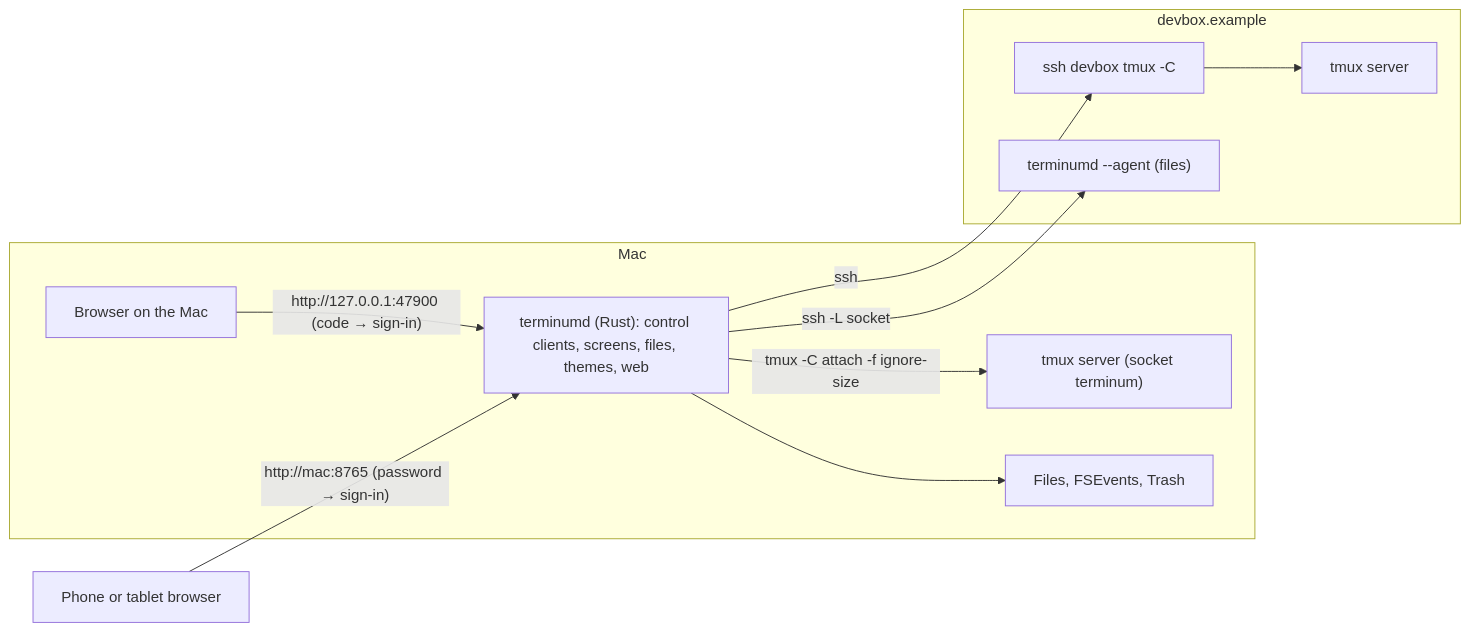
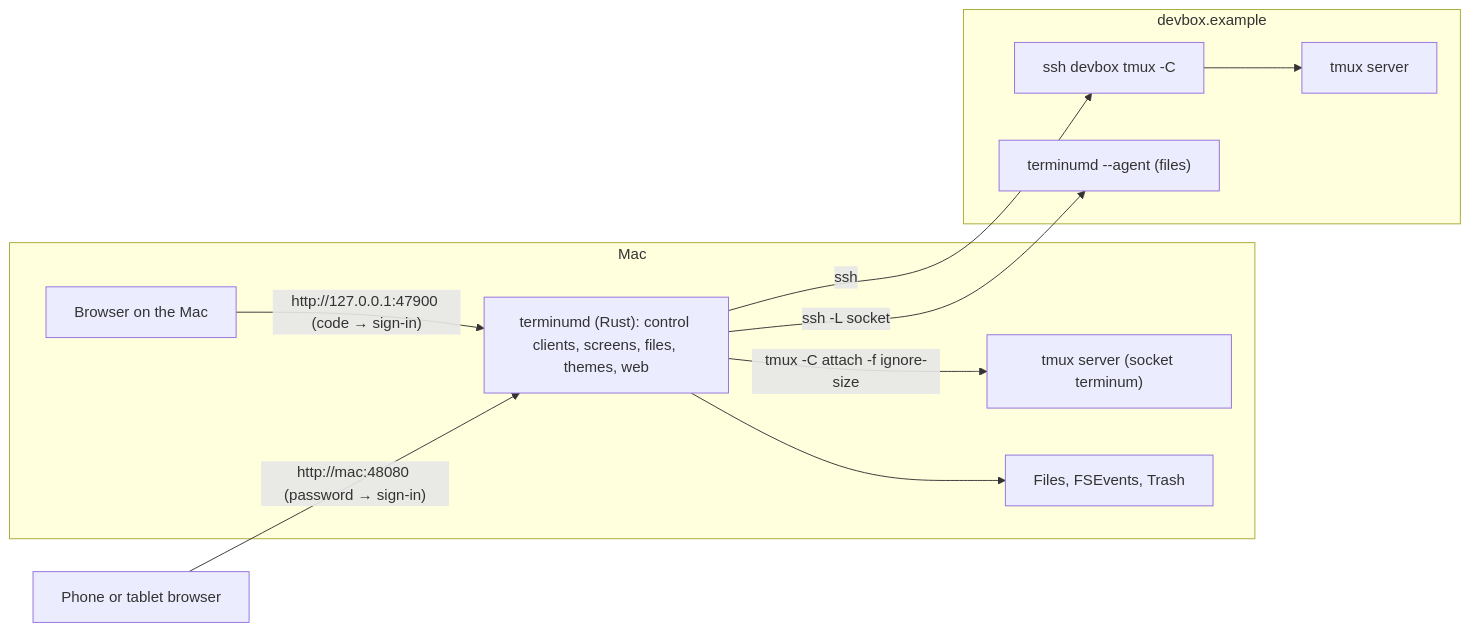
One commit to extractumio/terminum changed the first of 5 diagrams in docs/specs/terminum.md. Above: the diagram before and after it, drawn with Mermaid. The commit also changed other lines of this file and 8 other files, not shown here.

````diff
--- a/docs/specs/terminum.md
+++ b/docs/specs/terminum.md
@@ -664,21 +673,21 @@
 ```mermaid
 flowchart LR
   subgraph Mac
     BR["Browser on the Mac"]
     TD["terminumd (Rust): control clients, screens, files, themes, web"]
     TM["tmux server (socket terminum)"]
     FS["Files, FSEvents, Trash"]
   end
   subgraph Host["devbox.example"]
     SSH["ssh devbox tmux -C"]
     RTM["tmux server"]
     AG["terminumd --agent (files)"]
   end
   PH["Phone or tablet browser"]
   BR -- "http://127.0.0.1:47900 (code → sign-in)" --> TD
-  PH -- "http://mac:8765 (password → sign-in)" --> TD
+  PH -- "http://mac:48080 (password → sign-in)" --> TD
   TD -- "tmux -C attach -f ignore-size" --> TM
   TD --> FS
   TD -- "ssh" --> SSH --> RTM
   TD -- "ssh -L socket" --> AG
 ```
````
